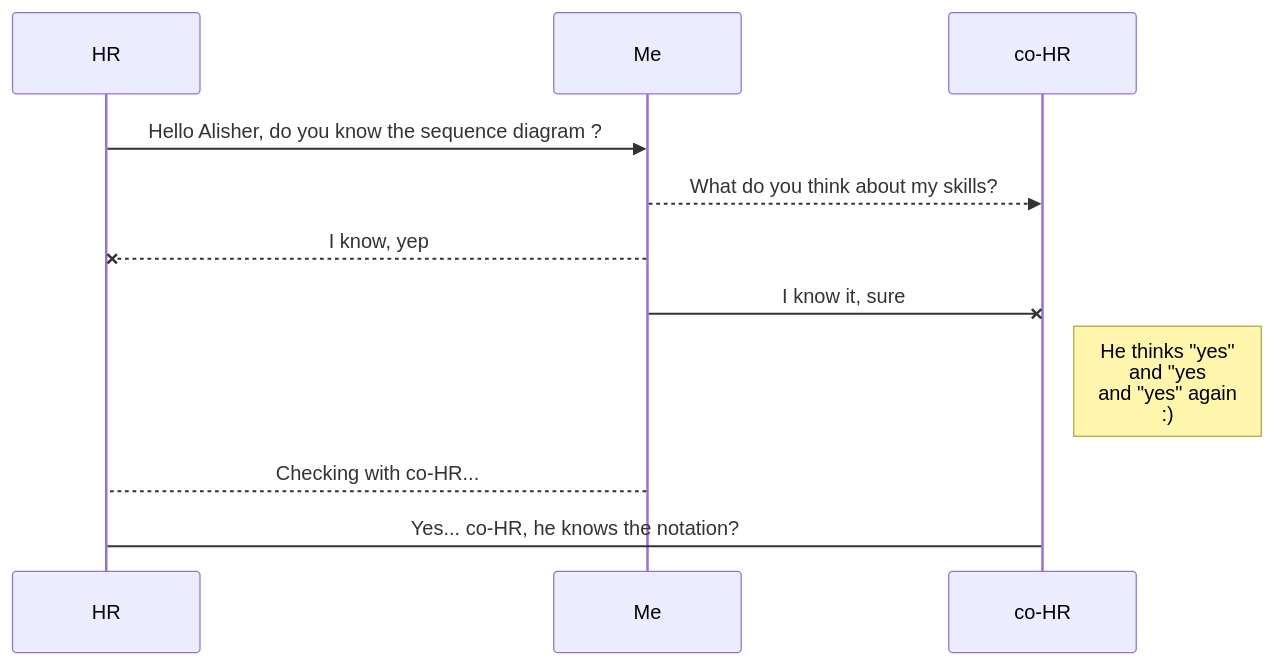
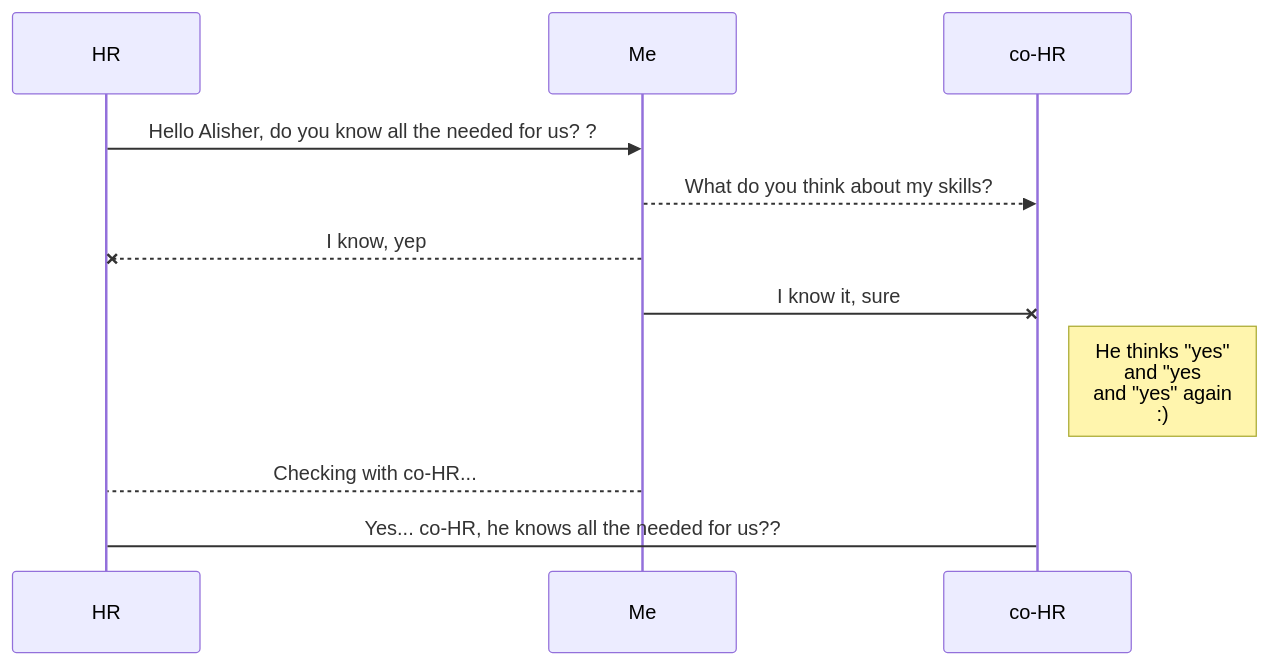
Before and after one commit to badmaddoppelganger/badmaddoppelganger: the diagram in README.md, drawn with Mermaid.

````diff
--- a/README.md
+++ b/README.md
@@ -8,11 +8,11 @@
 ```mermaid
 sequenceDiagram
-HR->> Me: Hello Alisher, do you know the sequence diagram ?
+HR->> Me: Hello Alisher, do you know all the needed for us?  ?
 Me-->>co-HR: What do you think about my skills?
 Me--x HR: I know, yep
 Me-x co-HR: I know it, sure
 Note right of co-HR: He thinks "yes"<br/>and "yes<br/>and "yes" again<br/>:)
 
 Me-->HR: Checking with co-HR...
-HR->co-HR: Yes... co-HR, he knows the notation?
+HR->co-HR: Yes... co-HR, he knows all the needed for us??
 ```
````
